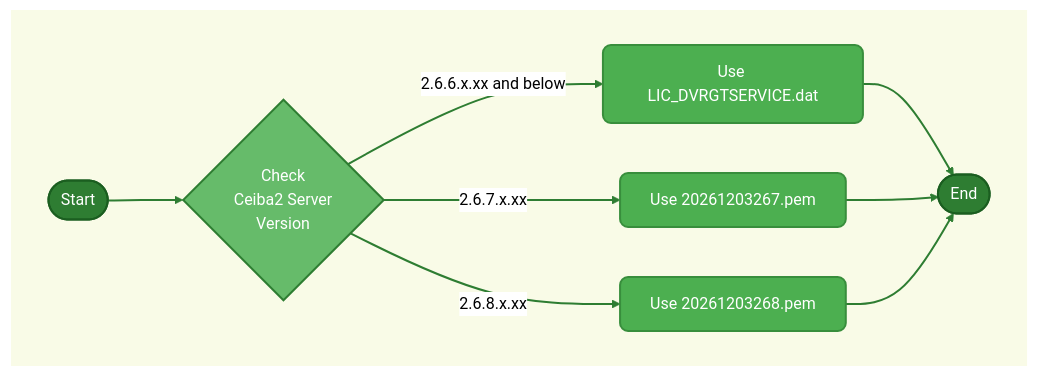
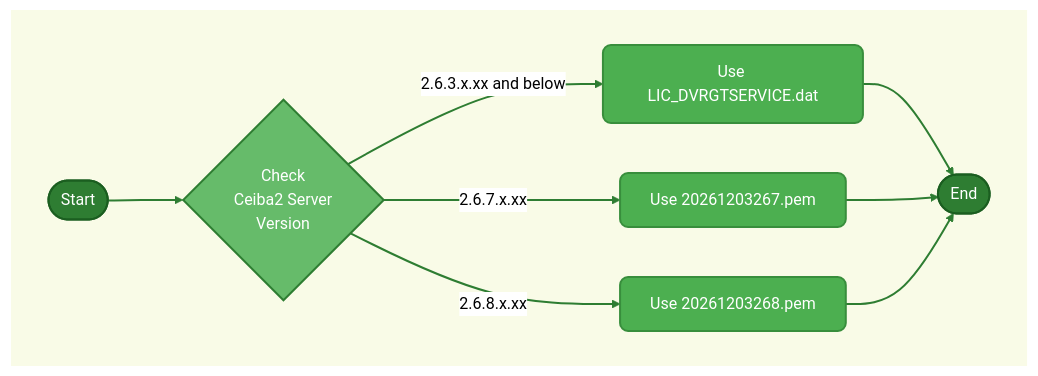
One commit to maozuxiao/my-website changed the diagram in docs/Ceiba2-Server-2026-License-Renewal-Guide.md. Above: the diagram before and after it, drawn with Mermaid (neutral theme). The commit also changed 1 other file, not shown here.

````diff
--- a/docs/Ceiba2-Server-2026-License-Renewal-Guide.md
+++ b/docs/Ceiba2-Server-2026-License-Renewal-Guide.md
@@ -26,27 +26,27 @@
 ```mermaid
 flowchart LR
 
     classDef startEnd fill:#2E7D32,stroke:#1B5E20,color:#fff,stroke-width:2px,rx:8px
     classDef process  fill:#4CAF50,stroke:#388E3C,color:#fff,stroke-width:2px,rx:8px
     classDef decision fill:#66BB6A,stroke:#2E7D32,color:#fff,stroke-width:2px,rx:8px
     linkStyle default stroke:#2E7D32,stroke-width:2px
 
     subgraph bg [ ]
         direction LR
         A([Start]) --> B{Check 
         Ceiba2 Server 
         Version}
-        B -->|2.6.6.x.xx and below| C[Use LIC_DVRGTSERVICE.dat]
+        B -->|2.6.3.x.xx and below| C[Use LIC_DVRGTSERVICE.dat]
         B -->|2.6.7.x.xx| D[Use 20261203267.pem]
         B -->|2.6.8.x.xx| E[Use 20261203268.pem]
         C --> F([End])
         D --> F
         E --> F
     end
 
     class A,F startEnd
     class C,D,E process
     class B decision
 
     style bg fill:#F9FBE7,stroke:#AED581,stroke-width:0px
 ```
````
